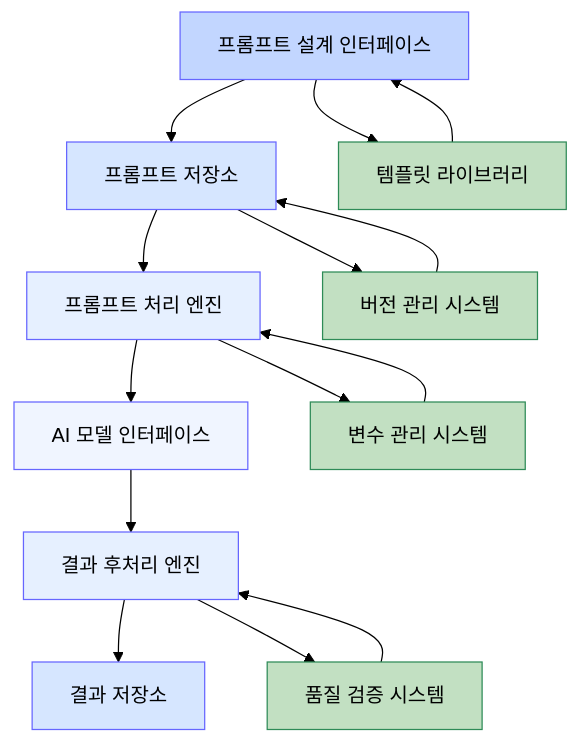
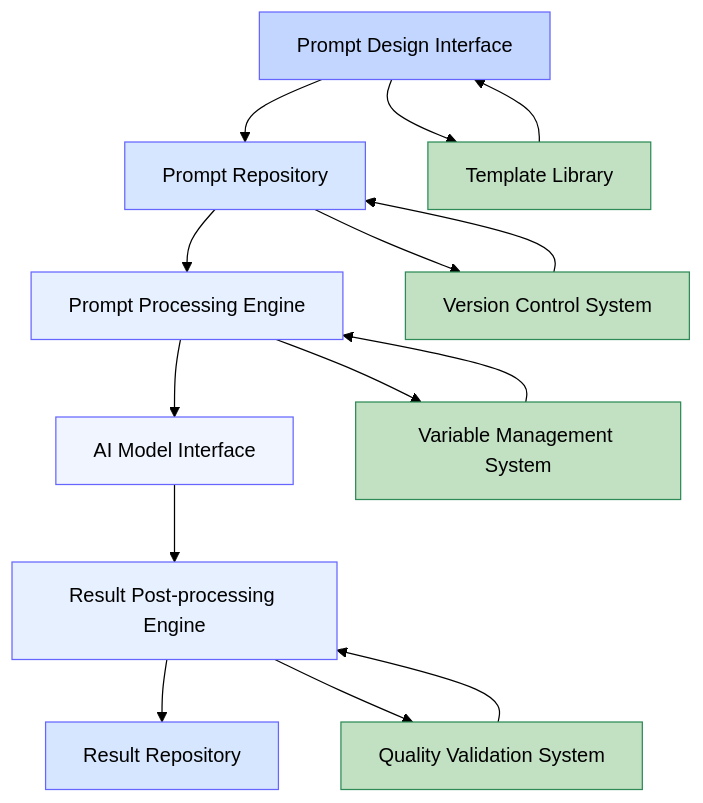
Before and after one commit to bbalganjjm/prompt-driven-development: the third of 6 diagrams in 8.prompt-driven-development-methodology-considerations.md, drawn with Mermaid (forest theme). The commit also changed other lines of this file and 3 other files, not shown here.

````diff
--- a/8.prompt-driven-development-methodology-considerations.md
+++ b/8.prompt-driven-development-methodology-considerations.md
@@ -174,31 +161,31 @@
 ```mermaid
 graph TD
-    A[프롬프트 설계 인터페이스] --> B[프롬프트 저장소]
-    B --> C[프롬프트 처리 엔진]
-    C --> D[AI 모델 인터페이스]
-    D --> E[결과 후처리 엔진]
-    E --> F[결과 저장소]
+    A[Prompt Design Interface] --> B[Prompt Repository]
+    B --> C[Prompt Processing Engine]
+    C --> D[AI Model Interface]
+    D --> E[Result Post-processing Engine]
+    E --> F[Result Repository]
     
-    A --> G[템플릿 라이브러리]
+    A --> G[Template Library]
     G --> A
     
-    B --> H[버전 관리 시스템]
+    B --> H[Version Control System]
     H --> B
     
-    C --> I[변수 관리 시스템]
+    C --> I[Variable Management System]
     I --> C
     
-    E --> J[품질 검증 시스템]
+    E --> J[Quality Validation System]
     J --> E
     
     style A fill:#c2d6ff,stroke:#6666ff,color:#000000
     style B fill:#d6e6ff,stroke:#6666ff,color:#000000
     style C fill:#e6f0ff,stroke:#6666ff,color:#000000
     style D fill:#f0f5ff,stroke:#6666ff,color:#000000
     style E fill:#e6f0ff,stroke:#6666ff,color:#000000
     style F fill:#d6e6ff,stroke:#6666ff,color:#000000
     style G fill:#c2e0c2,stroke:#2e8b57,color:#000000
     style H fill:#c2e0c2,stroke:#2e8b57,color:#000000
     style I fill:#c2e0c2,stroke:#2e8b57,color:#000000
     style J fill:#c2e0c2,stroke:#2e8b57,color:#000000
 ```
````
